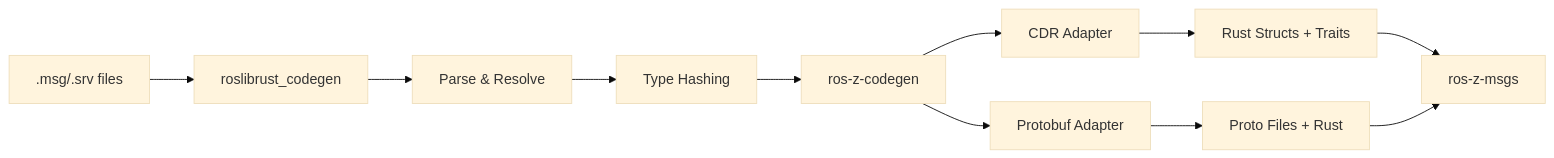
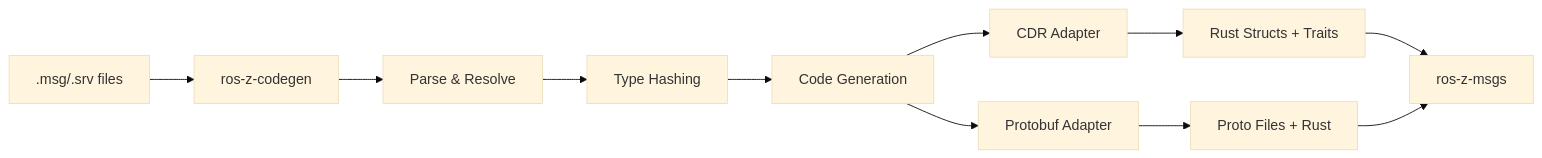
Before and after one commit to ZettaScaleLabs/ros-z: the first of 6 diagrams in book/src/chapters/message_generation.md, drawn with Mermaid (base theme). The commit also changed other lines of this file and 206 other files, not shown here.

Commit message:
refactor: ros z codegen (#72)

````diff
--- a/book/src/chapters/message_generation.md
+++ b/book/src/chapters/message_generation.md
@@ -11,13 +11,13 @@
 ```mermaid
 graph LR
-    A[.msg/.srv files] --> B[roslibrust_codegen]
+    A[.msg/.srv files] --> B[ros-z-codegen]
     B --> C[Parse & Resolve]
     C --> D[Type Hashing]
-    D --> E[ros-z-codegen]
+    D --> E[Code Generation]
     E --> F[CDR Adapter]
     E --> G[Protobuf Adapter]
     F --> H[Rust Structs + Traits]
     G --> I[Proto Files + Rust]
     H --> J[ros-z-msgs]
     I --> J
 ```
````
